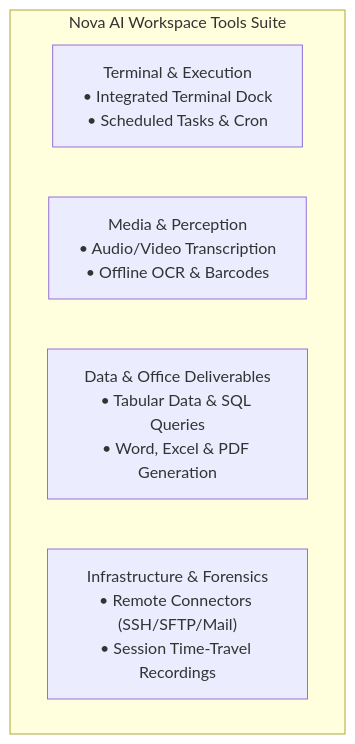
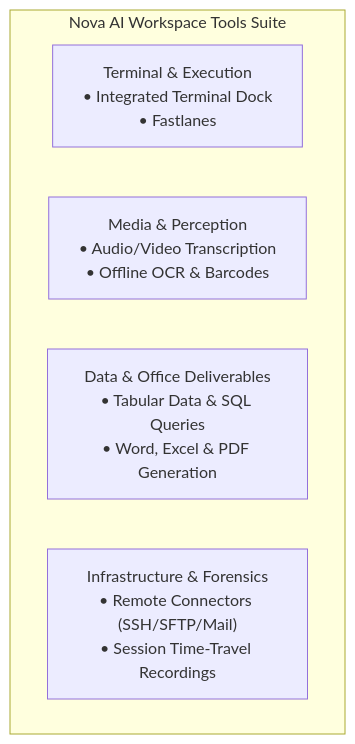
The diagram in docs/user-guide/tools/README.md (joelaniol/nova), drawn with Mermaid before and after one commit. The commit also changed other lines of this file and 98 other files, not shown here.

Commit message:
docs: acceptable use and privacy (account rules, real key input is no permission, no getting around a block), account_rule and input mode tool pages, fastlanes guide; scheduled tasks pages removed

````diff
--- a/docs/user-guide/tools/README.md
+++ b/docs/user-guide/tools/README.md
@@ -12,9 +12,9 @@
 ```mermaid
 flowchart TD
     subgraph UI ["Nova AI Workspace Tools Suite"]
-        T1["Terminal & Execution<br/>• Integrated Terminal Dock<br/>• Scheduled Tasks & Cron"]
+        T1["Terminal & Execution<br/>• Integrated Terminal Dock<br/>• Fastlanes"]
         T2["Media & Perception<br/>• Audio/Video Transcription<br/>• Offline OCR & Barcodes"]
         T3["Data & Office Deliverables<br/>• Tabular Data & SQL Queries<br/>• Word, Excel & PDF Generation"]
         T4["Infrastructure & Forensics<br/>• Remote Connectors (SSH/SFTP/Mail)<br/>• Session Time-Travel Recordings"]
     end
 ```
````
